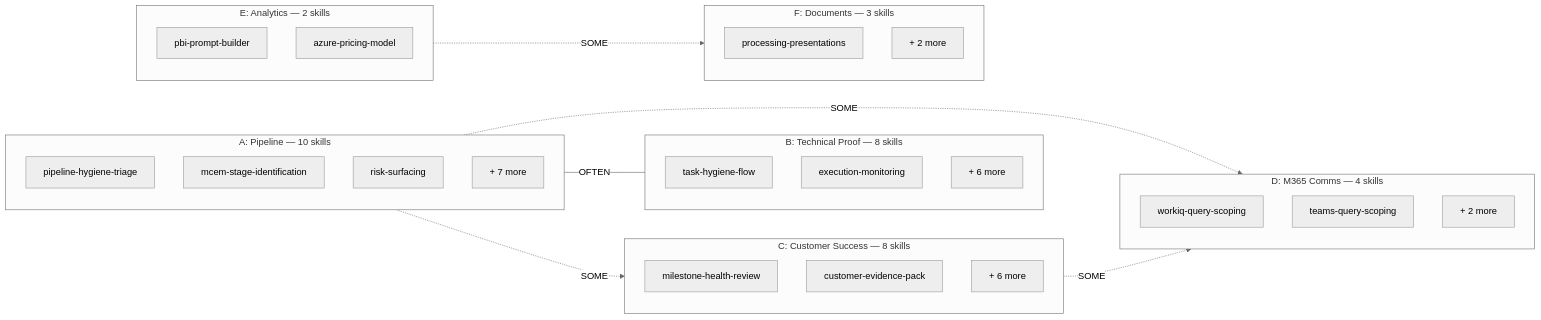
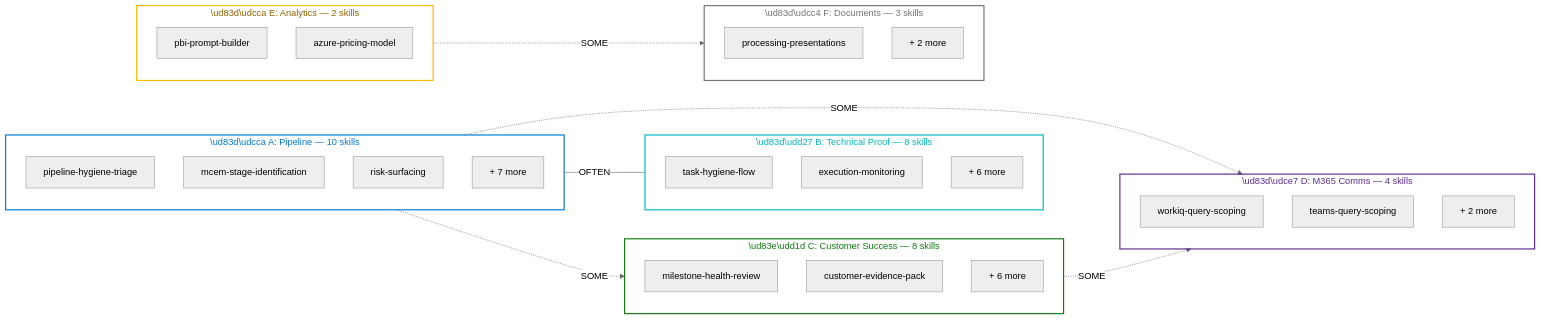
Before and after one commit to mjhoffmeister/MCAPS-IQ: the third of 6 diagrams in site/docs/architecture/context-optimization.md, drawn with Mermaid (neutral theme). The commit also changed other lines of this file and 57 other files, not shown here.

Commit message:
Refactor mkdocs configuration: remove navigation.expand, update mermaid format, and reorganize nav structure

````diff
--- a/site/docs/architecture/context-optimization.md
+++ b/site/docs/architecture/context-optimization.md
@@ -91,43 +112,50 @@
 ```mermaid
 graph LR
-    subgraph A["A: Pipeline — 10 skills"]
+    subgraph A ["\ud83d\udcca A: Pipeline — 10 skills"]
         a1[pipeline-hygiene-triage]
         a2[mcem-stage-identification]
         a3[risk-surfacing]
         a4["+ 7 more"]
     end
 
-    subgraph B["B: Technical Proof — 8 skills"]
+    subgraph B ["\ud83d\udd27 B: Technical Proof — 8 skills"]
         b1[task-hygiene-flow]
         b2[execution-monitoring]
         b3["+ 6 more"]
     end
 
-    subgraph C["C: Customer Success — 8 skills"]
+    subgraph C ["\ud83e\udd1d C: Customer Success — 8 skills"]
         c1[milestone-health-review]
         c2[customer-evidence-pack]
         c3["+ 6 more"]
     end
 
-    subgraph D["D: M365 Comms — 4 skills"]
+    subgraph D ["\ud83d\udce7 D: M365 Comms — 4 skills"]
         d1[workiq-query-scoping]
         d2[teams-query-scoping]
         d3["+ 2 more"]
     end
 
-    subgraph E["E: Analytics — 2 skills"]
+    subgraph E ["\ud83d\udcca E: Analytics — 2 skills"]
         e1[pbi-prompt-builder]
         e2[azure-pricing-model]
     end
 
-    subgraph F["F: Documents — 3 skills"]
+    subgraph F ["\ud83d\udcc4 F: Documents — 3 skills"]
         f1[processing-presentations]
         f2["+ 2 more"]
     end
 
     A ---|OFTEN| B
     A -.->|SOME| C
     A -.->|SOME| D
     C -.->|SOME| D
     E -.->|SOME| F
+
+    style A fill:none,stroke:#0078D4,stroke-width:2px,color:#0078D4
+    style B fill:none,stroke:#00B7C3,stroke-width:2px,color:#00B7C3
+    style C fill:none,stroke:#107C10,stroke-width:2px,color:#107C10
+    style D fill:none,stroke:#5C2D91,stroke-width:2px,color:#5C2D91
+    style E fill:none,stroke:#FFB900,stroke-width:2px,color:#946200
+    style F fill:none,stroke:#737373,stroke-width:2px,color:#737373
 ```
````
